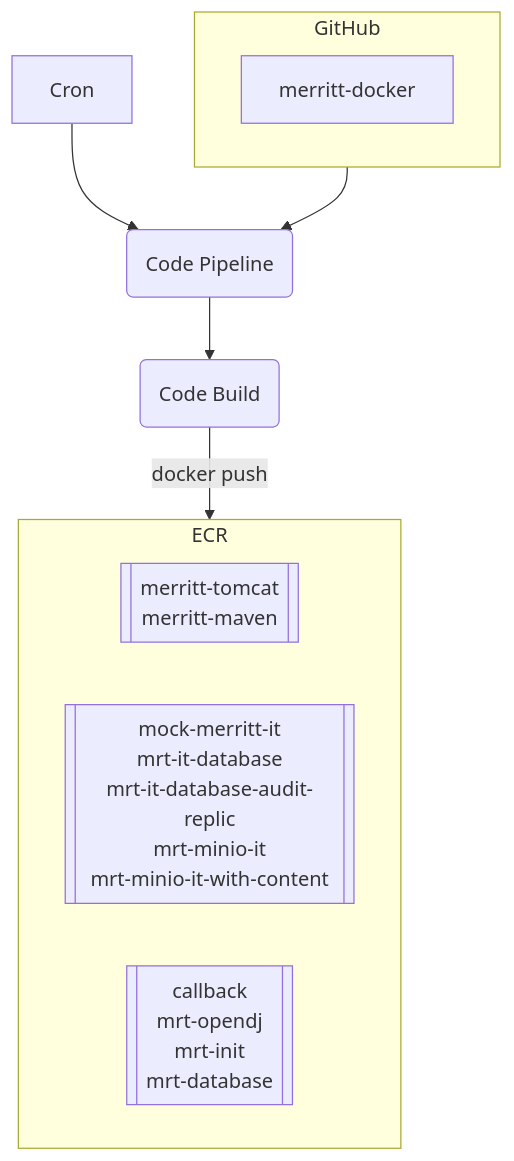
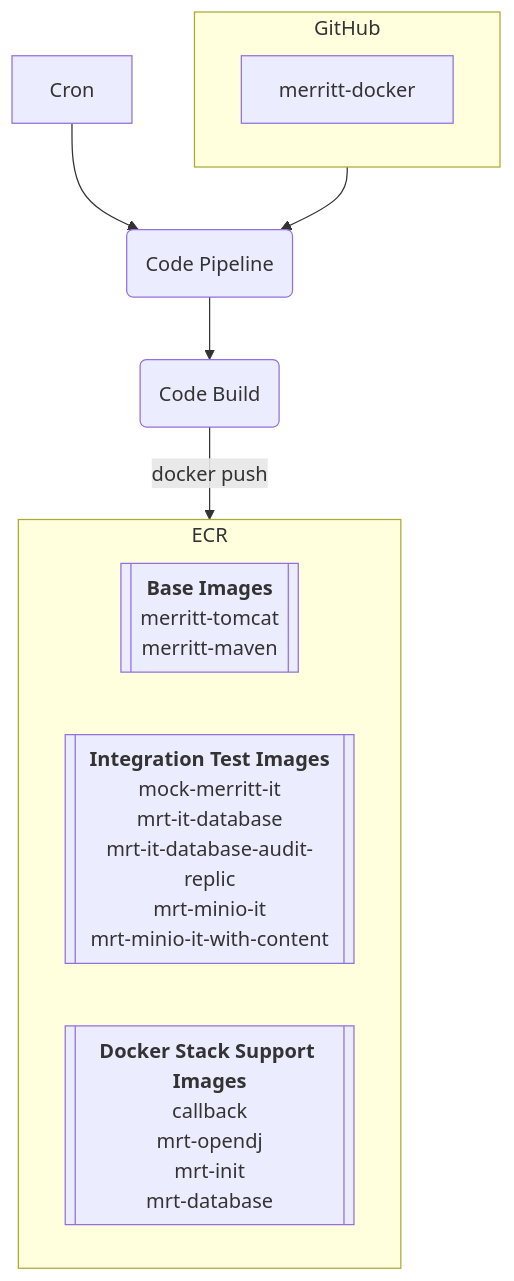
One commit to CDLUC3/mrt-doc changed the first of 11 diagrams in design/aws-build/README.md. Above: the diagram before and after it, drawn with Mermaid. The commit also changed other lines of this file, not shown here.

````diff
--- a/design/aws-build/README.md
+++ b/design/aws-build/README.md
@@ -22,33 +22,33 @@
 ```mermaid
 graph TD
   subgraph GitHub
     merritt-docker
   end
   GitHub --> Pipeline
   Cron --> Pipeline
   Pipeline(Code Pipeline)
   Pipeline --> Build
   Build(Code Build)
   Build --> |docker push| ECR
   subgraph ECR
-    BaseImages[["`
+    BaseImages[["`**Base Images**
       merritt-tomcat
       merritt-maven
     `"]]
 
-    IntegrationTestImages[["`
+    IntegrationTestImages[["`**Integration Test Images**
       mock-merritt-it
       mrt-it-database
       mrt-it-database-audit-replic
       mrt-minio-it
       mrt-minio-it-with-content
     `"]]
 
-    DockerStackSupportImages[["`
+    DockerStackSupportImages[["`**Docker Stack Support Images**
       callback
       mrt-opendj
       mrt-init
       mrt-database
     `"]]
   end
 ```
````
